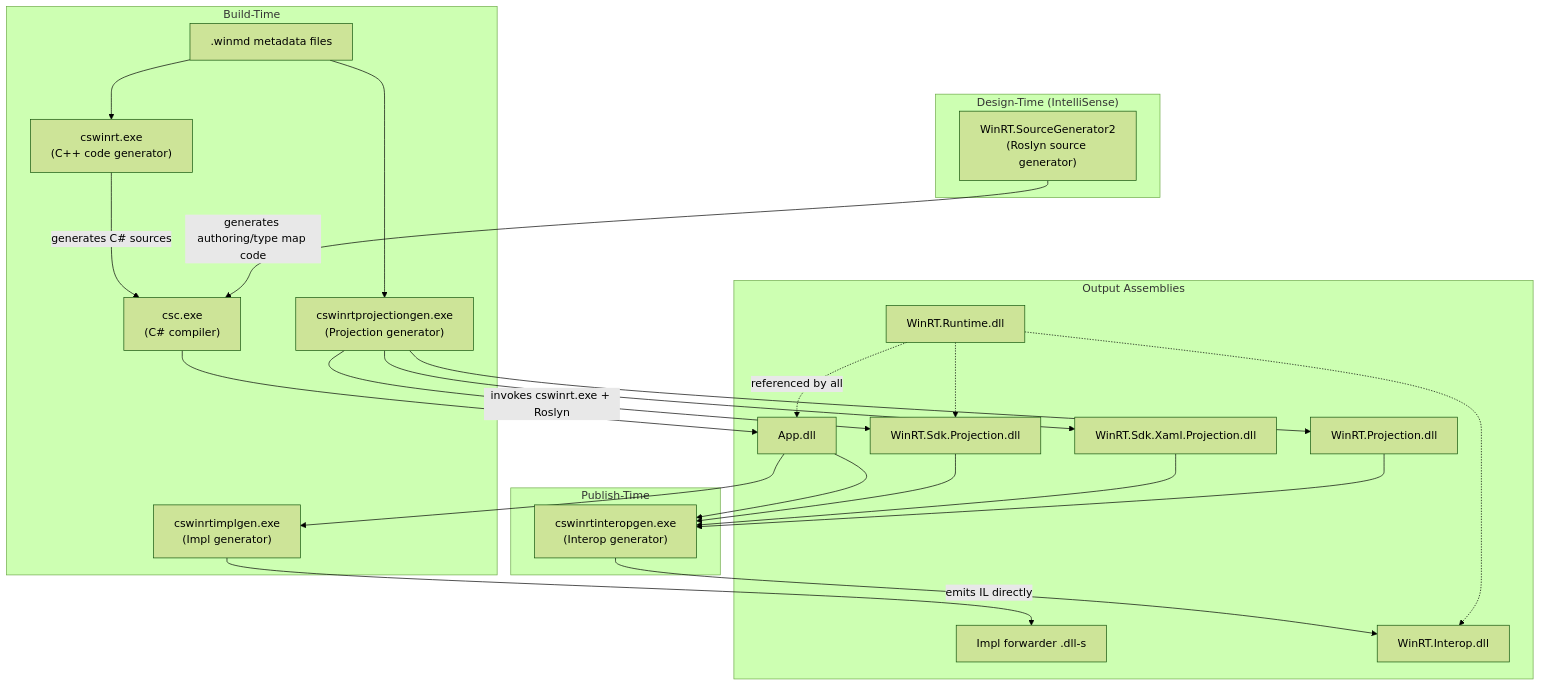
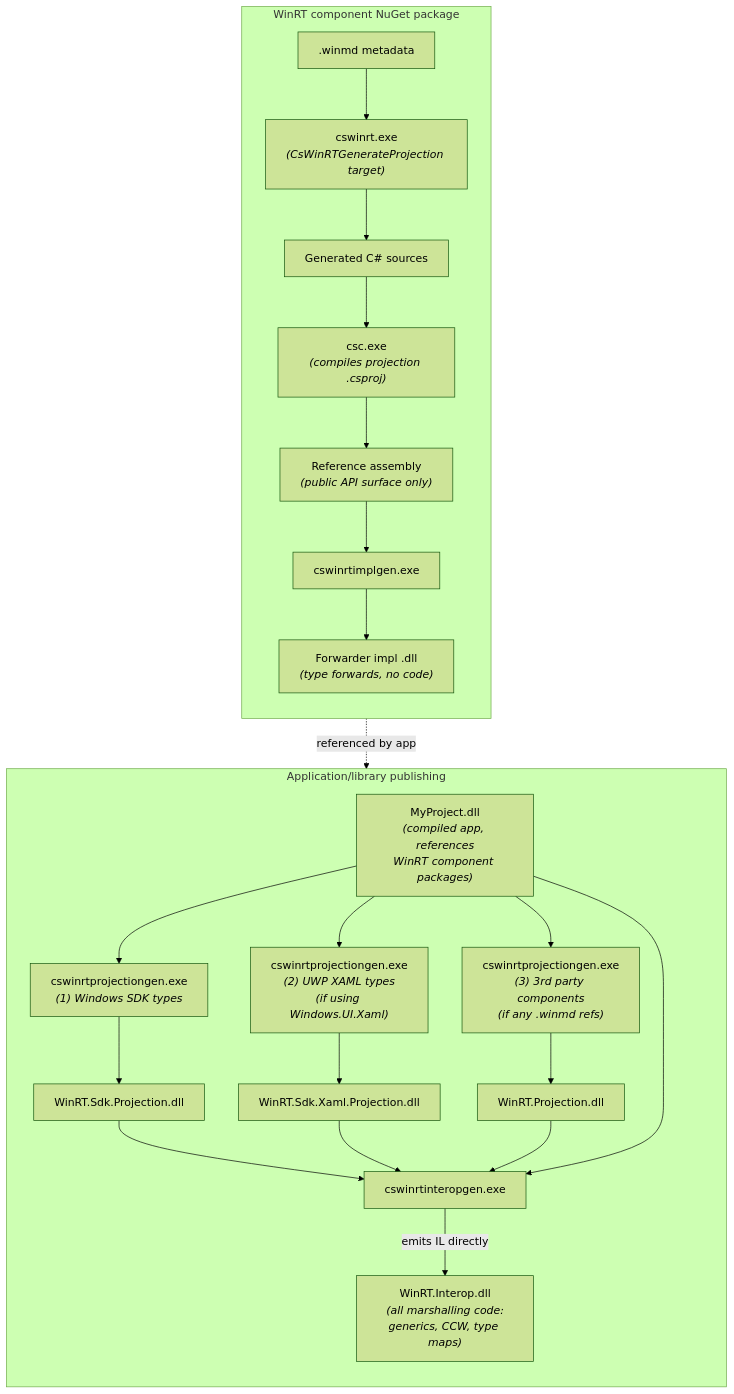
Before and after one commit to microsoft/CsWinRT: the first of 2 diagrams in .github/copilot-instructions.md, drawn with Mermaid (forest theme). The commit also changed other lines of this file, not shown here.

Commit message:
Rework architecture diagram in Copilot instructions
Replace the two separate diagrams (architecture + build pipeline) with a
single unified diagram showing both flows:

- WinRT Component NuGet Package: .winmd → cswinrt.exe → C# sources →
  csc.exe → reference assembly → cswinrtimplgen → forwarder impl .dll
- Application Publishing: MyProject.dll → cswinrtprojectiongen (×3 for
  SDK, XAML, 3rd party) → cswinrtinteropgen → WinRT.Interop.dll

Also add a note about precompiled SDK projection .dll-s that skip
regeneration when the CsWinRT version matches the Windows SDK version.

````diff
--- a/.github/copilot-instructions.md
+++ b/.github/copilot-instructions.md
@@ -51,51 +51,44 @@
 ```mermaid
 graph TD
-    subgraph "Design-Time (IntelliSense)"
-        SG["WinRT.SourceGenerator2<br/>(Roslyn source generator)"]
+    subgraph NUGET ["WinRT component NuGet package"]
+        direction TB
+        WINMD[".winmd metadata"]
+        CSWINRT["cswinrt.exe<br/><i>(CsWinRTGenerateProjection target)</i>"]
+        CS_SOURCES["Generated C# sources"]
+        CSC_LIB["csc.exe<br/><i>(compiles projection .csproj)</i>"]
+        REF_ASM["Reference assembly<br/><i>(public API surface only)</i>"]
+        IMPLGEN["cswinrtimplgen.exe"]
+        IMPL_DLL["Forwarder impl .dll<br/><i>(type forwards, no code)</i>"]
+
+        WINMD --> CSWINRT --> CS_SOURCES --> CSC_LIB --> REF_ASM --> IMPLGEN --> IMPL_DLL
     end
 
-    subgraph "Build-Time"
-        WINMD[".winmd metadata files"]
-        CSWINRT["cswinrt.exe<br/>(C++ code generator)"]
-        CSC["csc.exe<br/>(C# compiler)"]
-        IMPLGEN["cswinrtimplgen.exe<br/>(Impl generator)"]
-        PROJGEN["cswinrtprojectiongen.exe<br/>(Projection generator)"]
+    subgraph APP ["Application/library publishing"]
+        direction TB
+        MY_DLL["MyProject.dll<br/><i>(compiled app, references<br/>WinRT component packages)</i>"]
+
+        PROJGEN_SDK["cswinrtprojectiongen.exe<br/><i>(1) Windows SDK types</i>"]
+        SDK_PROJ["WinRT.Sdk.Projection.dll"]
+
+        PROJGEN_XAML["cswinrtprojectiongen.exe<br/><i>(2) UWP XAML types<br/>(if using Windows.UI.Xaml)</i>"]
+        XAML_PROJ["WinRT.Sdk.Xaml.Projection.dll"]
+
+        PROJGEN_3P["cswinrtprojectiongen.exe<br/><i>(3) 3rd party components<br/>(if any .winmd refs)</i>"]
+        MERGED_PROJ["WinRT.Projection.dll"]
+
+        INTEROPGEN["cswinrtinteropgen.exe"]
+        INTEROP["WinRT.Interop.dll<br/><i>(all marshalling code:<br/>generics, CCW, type maps)</i>"]
+
+        MY_DLL --> PROJGEN_SDK --> SDK_PROJ
+        MY_DLL --> PROJGEN_XAML --> XAML_PROJ
+        MY_DLL --> PROJGEN_3P --> MERGED_PROJ
+
+        SDK_PROJ --> INTEROPGEN
+        XAML_PROJ --> INTEROPGEN
+        MERGED_PROJ --> INTEROPGEN
+        MY_DLL --> INTEROPGEN
+        INTEROPGEN -->|"emits IL directly"| INTEROP
     end
 
-    subgraph "Publish-Time"
-        INTEROPGEN["cswinrtinteropgen.exe<br/>(Interop generator)"]
-    end
-
-    subgraph "Output Assemblies"
-        RUNTIME["WinRT.Runtime.dll"]
-        SDK_PROJ["WinRT.Sdk.Projection.dll"]
-        XAML_PROJ["WinRT.Sdk.Xaml.Projection.dll"]
-        MERGED_PROJ["WinRT.Projection.dll"]
-        IMPL_DLL["Impl forwarder .dll-s"]
-        INTEROP["WinRT.Interop.dll"]
-        APP["App.dll"]
-    end
-
-    WINMD --> CSWINRT
-    CSWINRT -->|"generates C# sources"| CSC
-    CSC --> APP
-    SG -->|"generates authoring/type map code"| CSC
-
-    WINMD --> PROJGEN
-    PROJGEN -->|"invokes cswinrt.exe + Roslyn"| SDK_PROJ
-    PROJGEN --> XAML_PROJ
-    PROJGEN --> MERGED_PROJ
-
-    APP --> IMPLGEN
-    IMPLGEN --> IMPL_DLL
-
-    APP --> INTEROPGEN
-    SDK_PROJ --> INTEROPGEN
-    XAML_PROJ --> INTEROPGEN
-    MERGED_PROJ --> INTEROPGEN
-    INTEROPGEN -->|"emits IL directly"| INTEROP
-
-    RUNTIME -.->|"referenced by all"| APP
-    RUNTIME -.-> SDK_PROJ
-    RUNTIME -.-> INTEROP
+    IMPL_DLL -.->|"referenced by app"| MY_DLL
 ```
````
